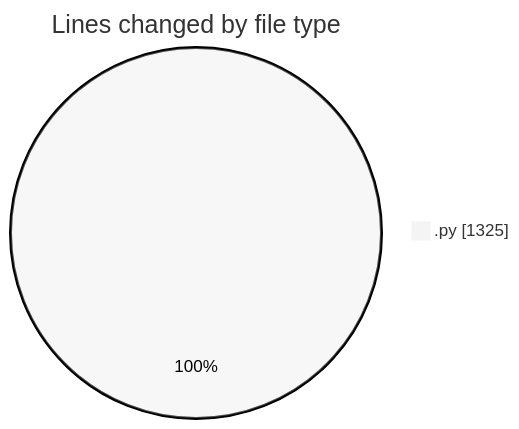
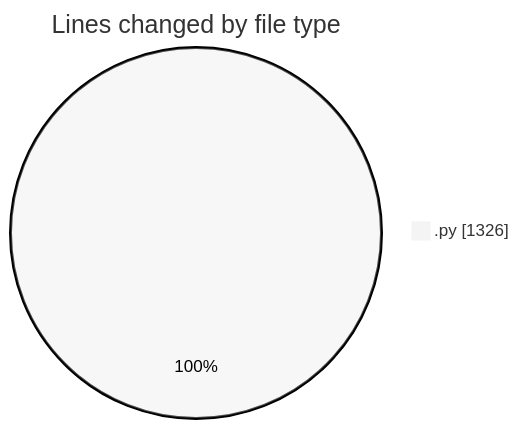
Before and after one commit to julien-gomy/code-tracking: the first of 2 diagrams in 2025-10-10/eventscop-api-guide__workspace_/README.md, drawn with Mermaid (neutral theme). The commit also changed other lines of this file and 1 other file, not shown here.

````diff
--- a/2025-10-10/eventscop-api-guide__workspace_/README.md
+++ b/2025-10-10/eventscop-api-guide__workspace_/README.md
@@ -23,5 +23,5 @@
 ```mermaid
 pie showData
 title Lines changed by file type
-".py" : 1325
+".py" : 1326
 ```
````
